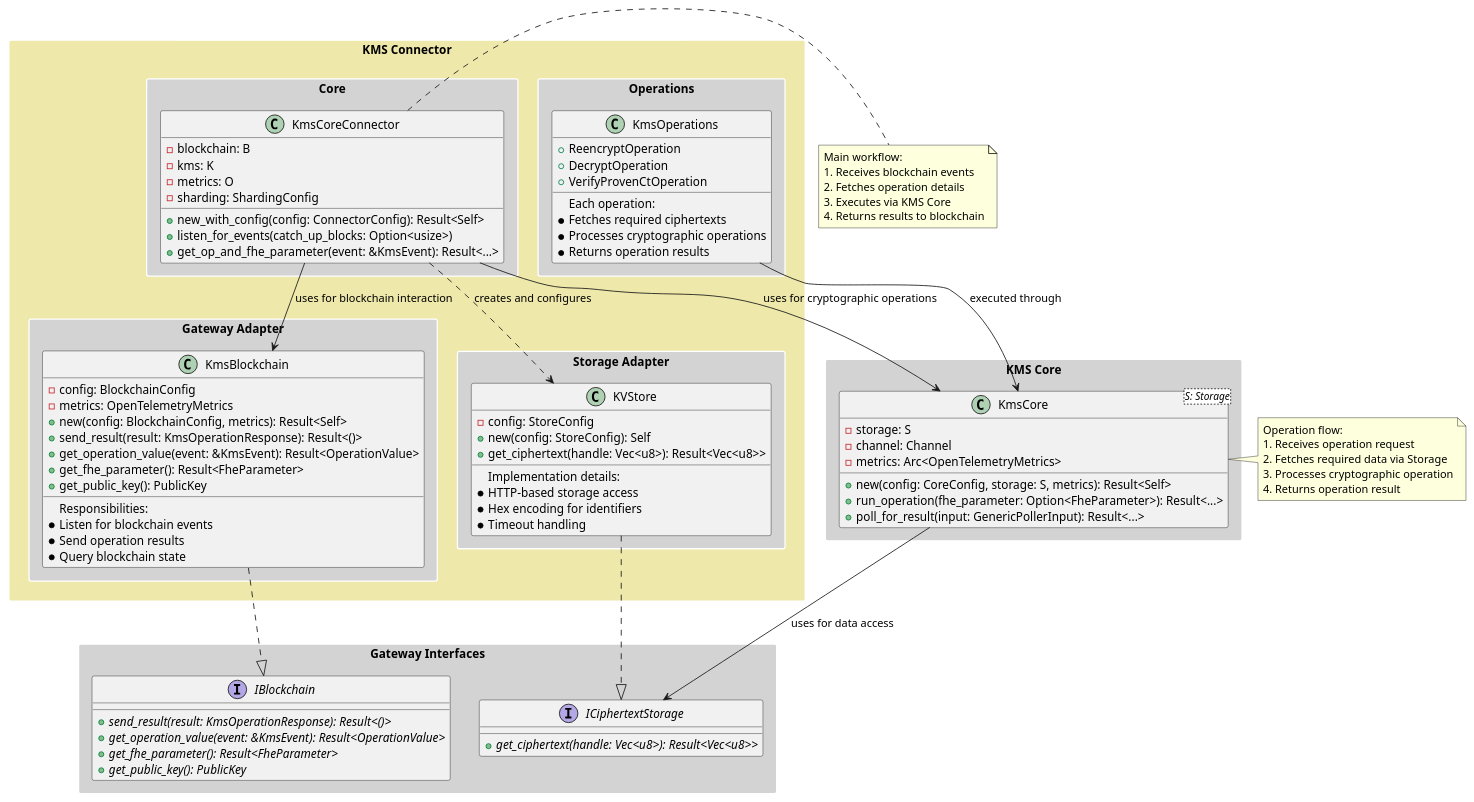
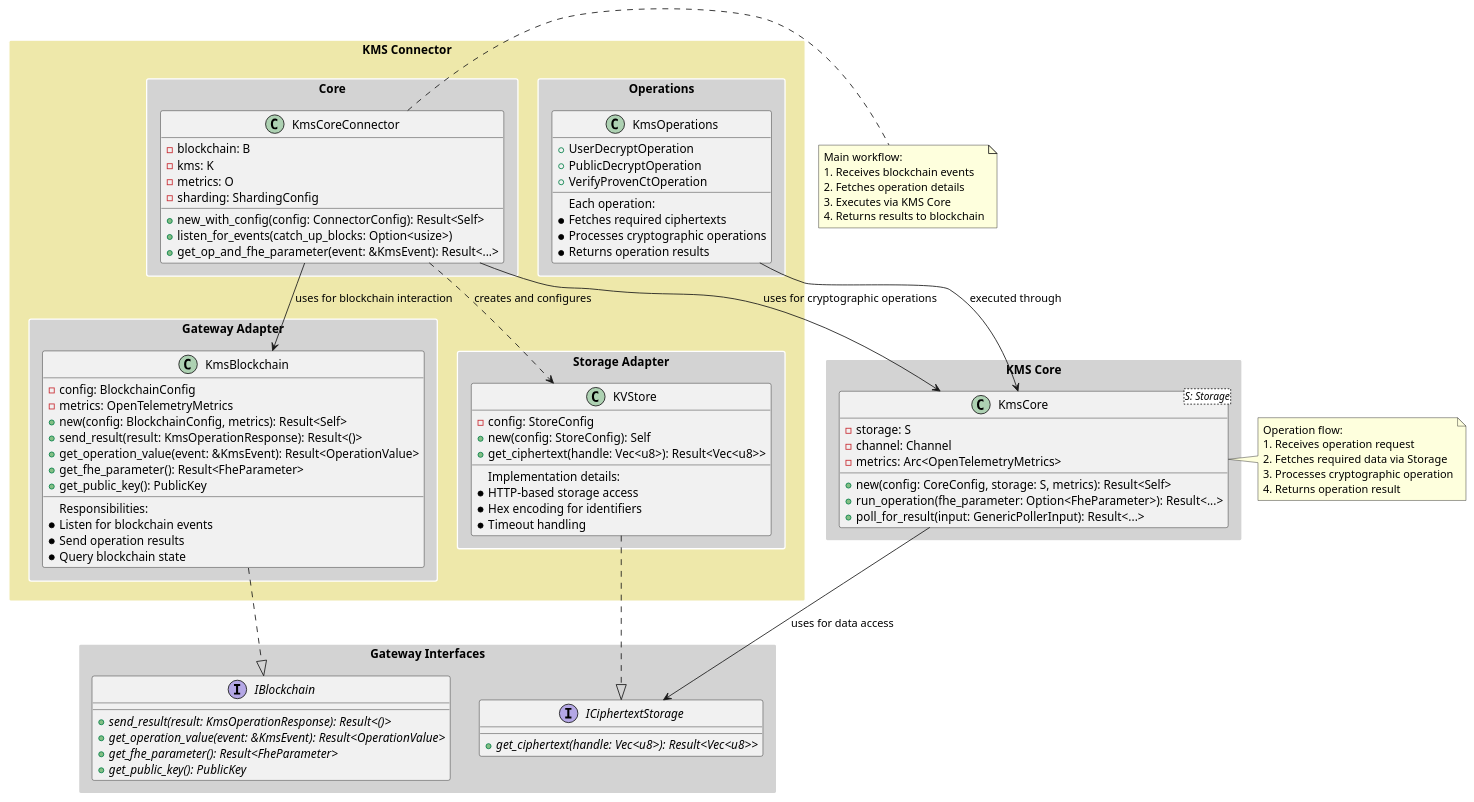
One commit to zama-ai/fhevm changed the first of 4 diagrams in design_docs/connector.md. Above: the diagram before and after it, drawn with PlantUML. The commit also changed 16 other files, not shown here.

```diff
--- a/design_docs/connector.md
+++ b/design_docs/connector.md
@@ -82,8 +82,8 @@
 
     package "Operations" {
         class "KmsOperations" as Ops {
-            +ReencryptOperation
-            +DecryptOperation
+            +UserDecryptOperation
+            +PublicDecryptOperation
             +VerifyProvenCtOperation
             __
             Each operation:
```
